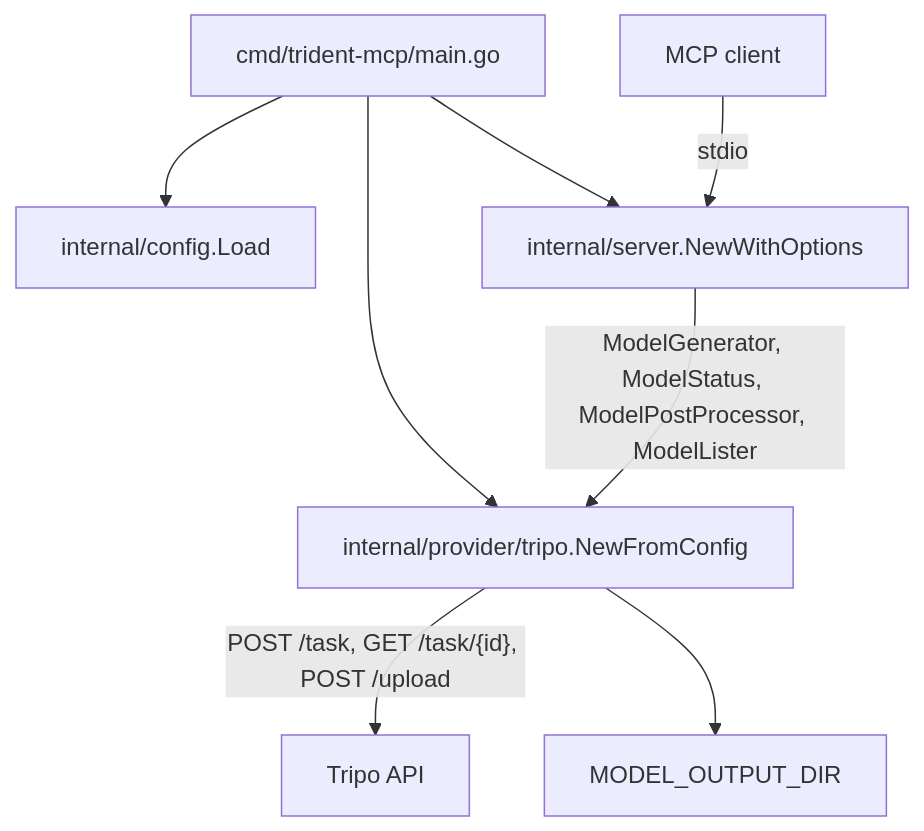
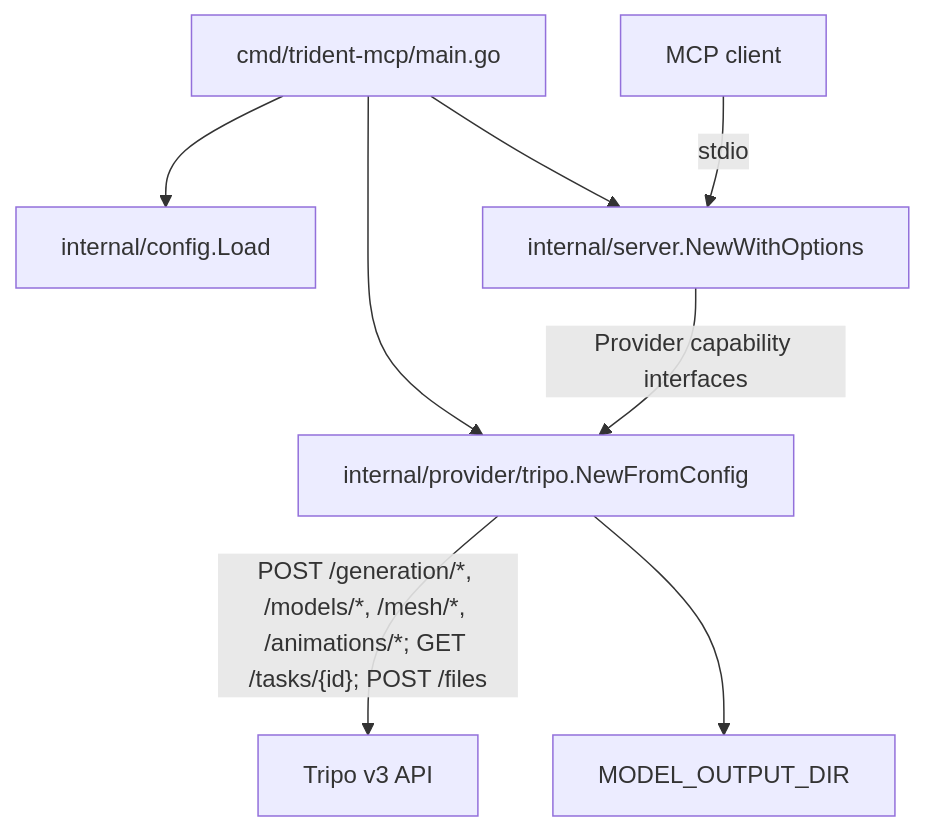
The first of 2 diagrams in ARCHITECTURE.md (mordor-forge/trident-mcp), drawn with Mermaid before and after one commit. The commit also changed other lines of this file and 20 other files, not shown here.

````diff
--- a/ARCHITECTURE.md
+++ b/ARCHITECTURE.md
@@ -13,11 +20,11 @@
 ```mermaid
 flowchart TD
     mainEntry["cmd/trident-mcp/main.go"] --> configLoad["internal/config.Load"]
     mainEntry --> tripoProvider["internal/provider/tripo.NewFromConfig"]
     mainEntry --> serverLayer["internal/server.NewWithOptions"]
 
     mcpClient["MCP client"] -->|"stdio"| serverLayer
-    serverLayer -->|"ModelGenerator, ModelStatus, ModelPostProcessor, ModelLister"| tripoProvider
-    tripoProvider -->|"POST /task, GET /task/{id}, POST /upload"| tripoApi["Tripo API"]
+    serverLayer -->|"Provider capability interfaces"| tripoProvider
+    tripoProvider -->|"POST /generation/*, /models/*, /mesh/*, /animations/*; GET /tasks/{id}; POST /files"| tripoApi["Tripo v3 API"]
     tripoProvider --> outputDir["MODEL_OUTPUT_DIR"]
 ```
````
